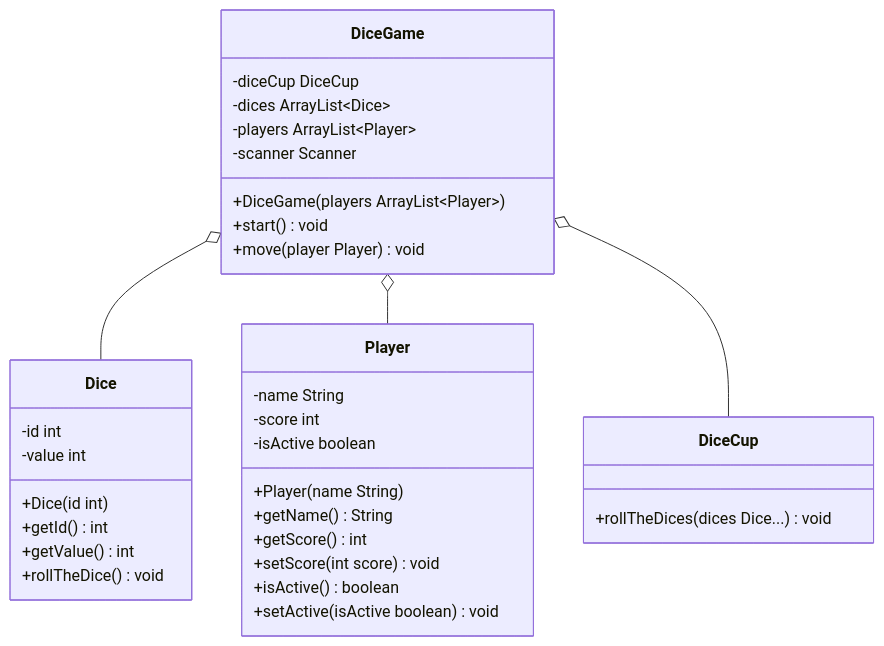
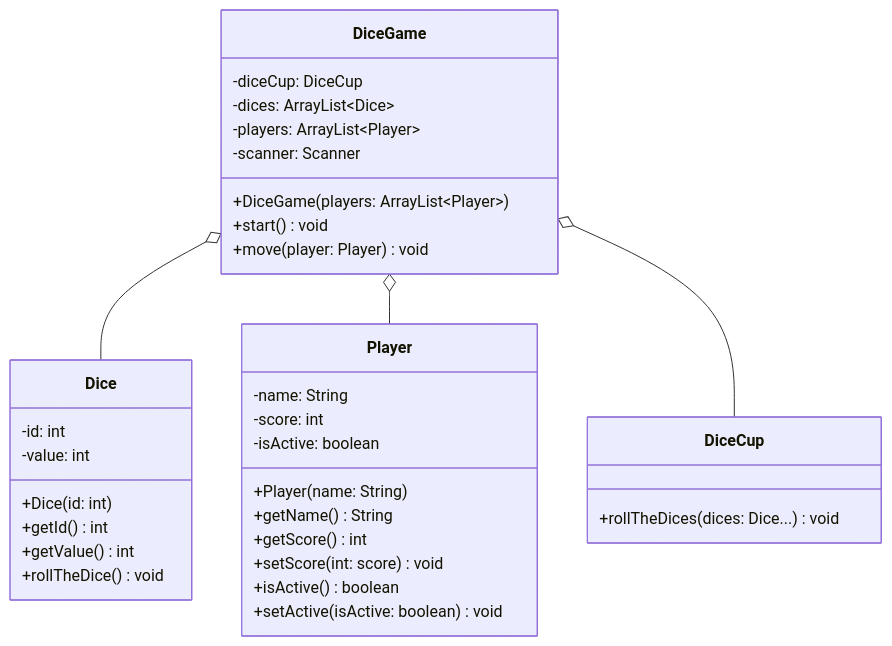
Before and after one commit to jappuccini/java-docs: the diagram in docs/exercises/uml/class-diagrams02.mdx, drawn with Mermaid. The commit also changed other lines of this file and 76 other files, not shown here.

Commit message:
uml fixes (colons, properties), headline fixes (italic) and exam result updates

````diff
--- a/docs/exercises/uml/class-diagrams02.mdx
+++ b/docs/exercises/uml/class-diagrams02.mdx
@@ -18,41 +18,41 @@
 ```mermaid
 classDiagram
     DiceGame o-- Dice
     DiceGame o-- Player
     DiceGame o-- DiceCup
 
     class Player {
-        -name String
-        -score int
-        -isActive boolean
-        +Player(name String)
+        -name: String
+        -score: int
+        -isActive: boolean
+        +Player(name: String)
         +getName() String
         +getScore() int
-        +setScore(int score) void
+        +setScore(int: score) void
         +isActive() boolean
-        +setActive(isActive boolean) void
+        +setActive(isActive: boolean) void
     }
 
     class Dice {
-        -id int
-        -value int
-        +Dice(id int)
+        -id: int
+        -value: int
+        +Dice(id: int)
         +getId() int
         +getValue() int
         +rollTheDice() void
     }
 
     class DiceCup {
-        +rollTheDices(dices Dice...) void
+        +rollTheDices(dices: Dice...) void
     }
 
     class DiceGame {
-        -diceCup DiceCup
-        -dices ArrayList~Dice~
-        -players ArrayList~Player~
-        -scanner Scanner
-        +DiceGame(players ArrayList~Player~)
+        -diceCup: DiceCup
+        -dices: ArrayList~Dice~
+        -players: ArrayList~Player~
+        -scanner: Scanner
+        +DiceGame(players: ArrayList~Player~)
         +start() void
-        +move(player Player) void
+        +move(player: Player) void
     }
 ```
````
